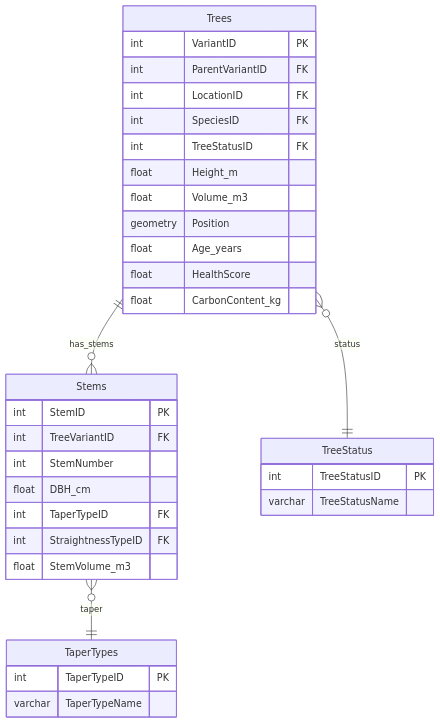
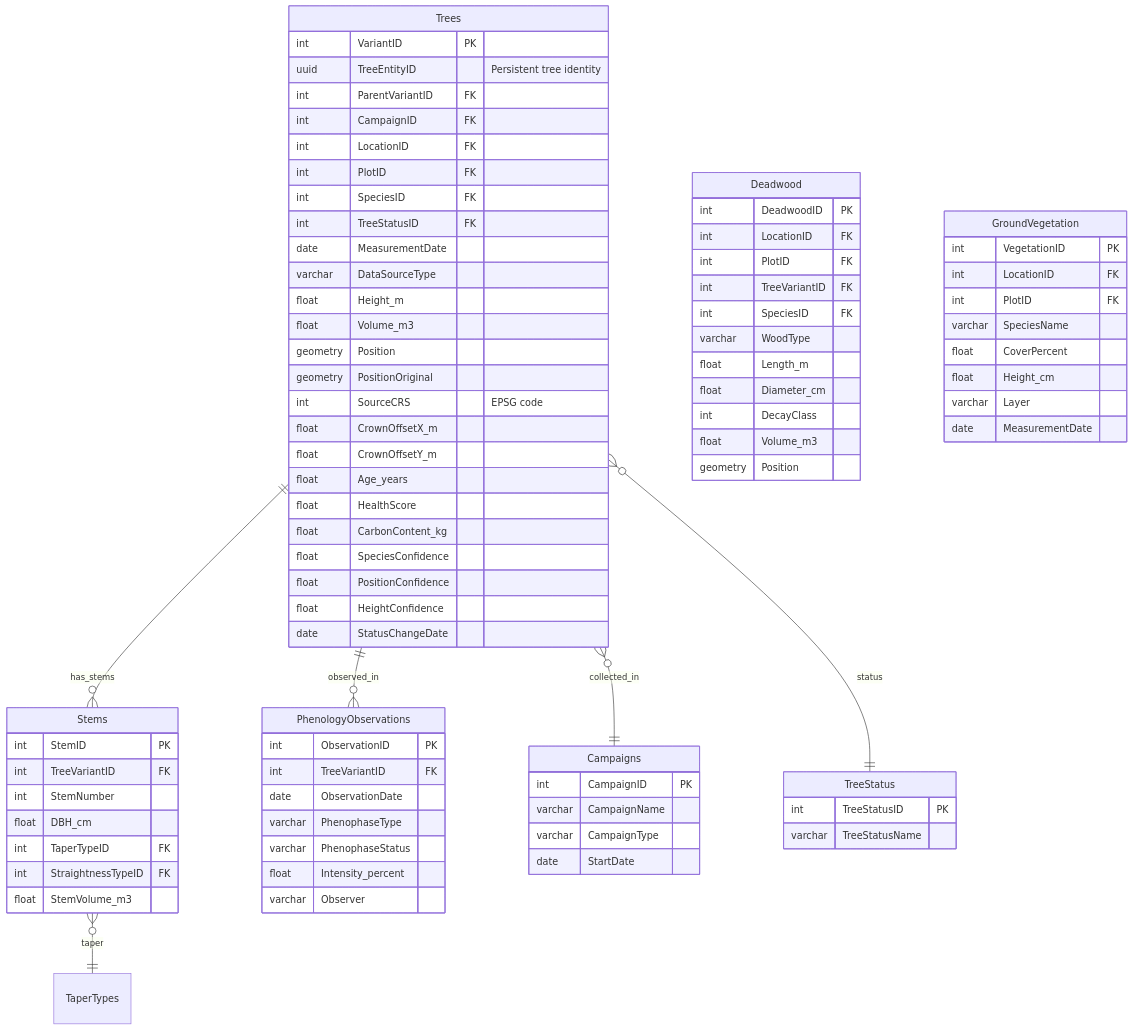
One commit to XRFutureForests/digital-twin-db changed the second of 7 diagrams in docs/database-overview.md. Above: the diagram before and after it, drawn with Mermaid. The commit also changed other lines of this file and 25 other files, not shown here.

Commit message:
feat: Add Campaigns table for data collection events and enhance Trees schema with new measurement fields

````diff
--- a/docs/database-overview.md
+++ b/docs/database-overview.md
@@ -115,16 +159,29 @@
 erDiagram
     Trees {
         int VariantID PK
+        uuid TreeEntityID "Persistent tree identity"
         int ParentVariantID FK
+        int CampaignID FK
         int LocationID FK
+        int PlotID FK
         int SpeciesID FK
         int TreeStatusID FK
+        date MeasurementDate
+        varchar DataSourceType
         float Height_m
         float Volume_m3
         geometry Position
+        geometry PositionOriginal
+        int SourceCRS "EPSG code"
+        float CrownOffsetX_m
+        float CrownOffsetY_m
         float Age_years
         float HealthScore
         float CarbonContent_kg
+        float SpeciesConfidence
+        float PositionConfidence
+        float HeightConfidence
+        date StatusChangeDate
     }
 
     Stems {
@@ -137,17 +194,56 @@
         float StemVolume_m3
     }
 
+    PhenologyObservations {
+        int ObservationID PK
+        int TreeVariantID FK
+        date ObservationDate
+        varchar PhenophaseType
+        varchar PhenophaseStatus
+        float Intensity_percent
+        varchar Observer
+    }
+
+    Deadwood {
+        int DeadwoodID PK
+        int LocationID FK
+        int PlotID FK
+        int TreeVariantID FK
+        int SpeciesID FK
+        varchar WoodType
+        float Length_m
+        float Diameter_cm
+        int DecayClass
+        float Volume_m3
+        geometry Position
+    }
+
+    GroundVegetation {
+        int VegetationID PK
+        int LocationID FK
+        int PlotID FK
+        varchar SpeciesName
+        float CoverPercent
+        float Height_cm
+        varchar Layer
+        date MeasurementDate
+    }
+
+    Campaigns {
+        int CampaignID PK
+        varchar CampaignName
+        varchar CampaignType
+        date StartDate
+    }
+
     TreeStatus {
         int TreeStatusID PK
         varchar TreeStatusName
     }
 
-    TaperTypes {
-        int TaperTypeID PK
-        varchar TaperTypeName
-    }
-
     Trees ||--o{ Stems : "has_stems"
+    Trees ||--o{ PhenologyObservations : "observed_in"
     Trees }o--|| TreeStatus : "status"
+    Trees }o--|| Campaigns : "collected_in"
     Stems }o--|| TaperTypes : "taper"
 ```
````
